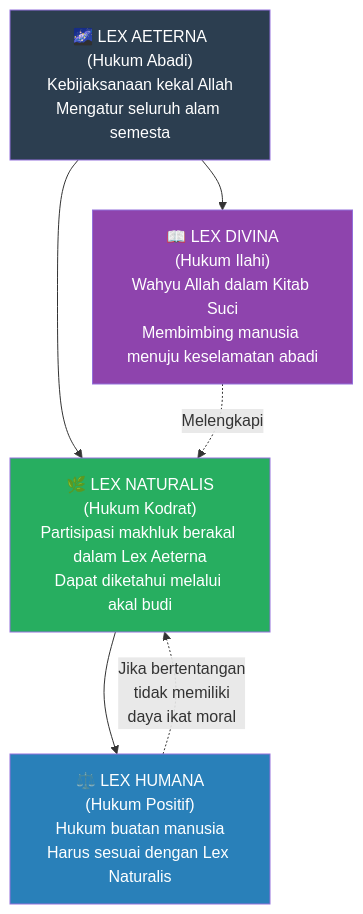
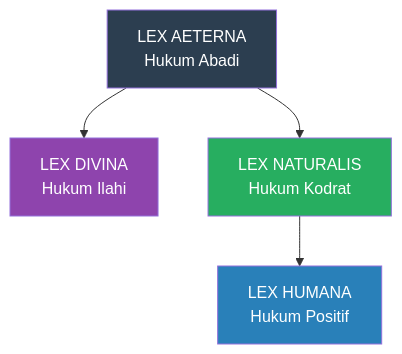
One commit to hifdzimaulana/beate-vivere changed the fourth of 15 diagrams in content/Lectures/filsafat-hukum-midterm.md. Above: the diagram before and after it, drawn with Mermaid. The commit also changed other lines of this file and 1 other file, not shown here.

Commit message:
Fix mermaid diagrams: replace \n with <br/> and remove emojis

````diff
--- a/content/Lectures/filsafat-hukum-midterm.md
+++ b/content/Lectures/filsafat-hukum-midterm.md
@@ -220,13 +217,11 @@
 ```mermaid
 graph TD
-    A["🌌 LEX AETERNA\n(Hukum Abadi)\nKebijaksanaan kekal Allah\nMengatur seluruh alam semesta"] --> B["📖 LEX DIVINA\n(Hukum Ilahi)\nWahyu Allah dalam Kitab Suci\nMembimbing manusia menuju keselamatan abadi"]
-    A --> C["🌿 LEX NATURALIS\n(Hukum Kodrat)\nPartisipasi makhluk berakal dalam Lex Aeterna\nDapat diketahui melalui akal budi"]
-    C --> D["⚖️ LEX HUMANA\n(Hukum Positif)\nHukum buatan manusia\nHarus sesuai dengan Lex Naturalis"]
-    B -.->|"Melengkapi"| C
-    D -.->|"Jika bertentangan\ntidak memiliki\ndaya ikat moral"| C
+    A["LEX AETERNA<br/>Hukum Abadi"] --> B["LEX DIVINA<br/>Hukum Ilahi"]
+    A --> C["LEX NATURALIS<br/>Hukum Kodrat"]
+    C --> D["LEX HUMANA<br/>Hukum Positif"]
 
     style A fill:#2c3e50,color:#fff
     style B fill:#8e44ad,color:#fff
     style C fill:#27ae60,color:#fff
     style D fill:#2980b9,color:#fff
 ```
````
